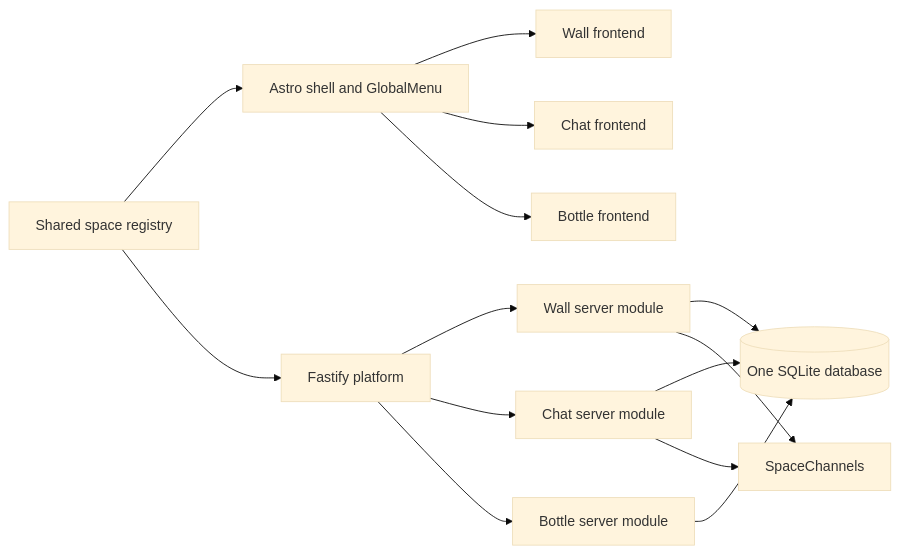
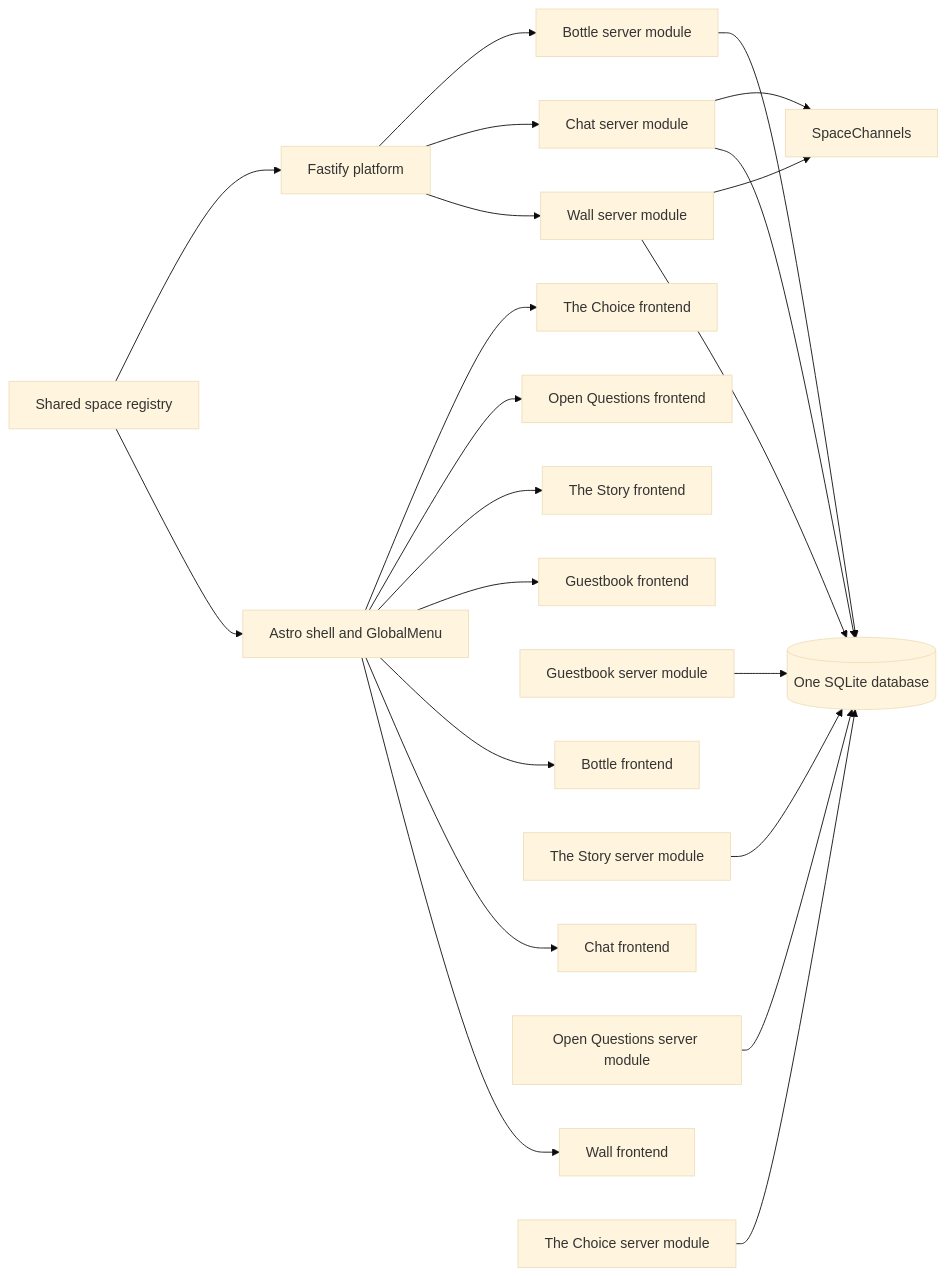
One commit to armsteeldev/the-open-web changed the diagram in docs/ARCHITECTURE.md. Above: the diagram before and after it, drawn with Mermaid (base theme). The commit also changed other lines of this file and 78 other files, not shown here.

````diff
--- a/docs/ARCHITECTURE.md
+++ b/docs/ARCHITECTURE.md
@@ -5,27 +5,43 @@
 ```mermaid
 flowchart LR
   Registry[Shared space registry]
   Shell[Astro shell and GlobalMenu]
   Core[Fastify platform]
   DB[(One SQLite database)]
   Realtime[SpaceChannels]
   WallUI[Wall frontend]
   WallAPI[Wall server module]
   ChatUI[Chat frontend]
   ChatAPI[Chat server module]
   BottleUI[Bottle frontend]
   BottleAPI[Bottle server module]
+  GuestbookUI[Guestbook frontend]
+  GuestbookAPI[Guestbook server module]
+  StoryUI[The Story frontend]
+  StoryAPI[The Story server module]
+  QuestionsUI[Open Questions frontend]
+  QuestionsAPI[Open Questions server module]
+  ChoiceUI[The Choice frontend]
+  ChoiceAPI[The Choice server module]
   Registry --> Shell
   Registry --> Core
   Shell --> WallUI
   Shell --> ChatUI
   Shell --> BottleUI
+  Shell --> GuestbookUI
+  Shell --> StoryUI
+  Shell --> QuestionsUI
+  Shell --> ChoiceUI
   Core --> WallAPI
   Core --> ChatAPI
   Core --> BottleAPI
   WallAPI --> DB
   WallAPI --> Realtime
   ChatAPI --> DB
   ChatAPI --> Realtime
   BottleAPI --> DB
+  GuestbookAPI --> DB
+  StoryAPI --> DB
+  QuestionsAPI --> DB
+  ChoiceAPI --> DB
 ```
````
